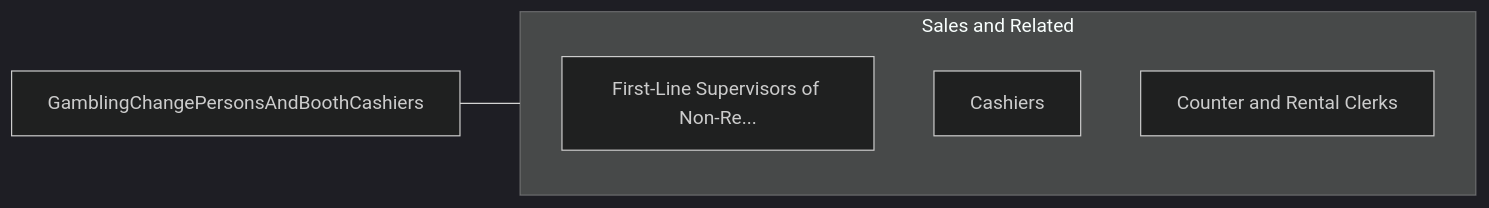
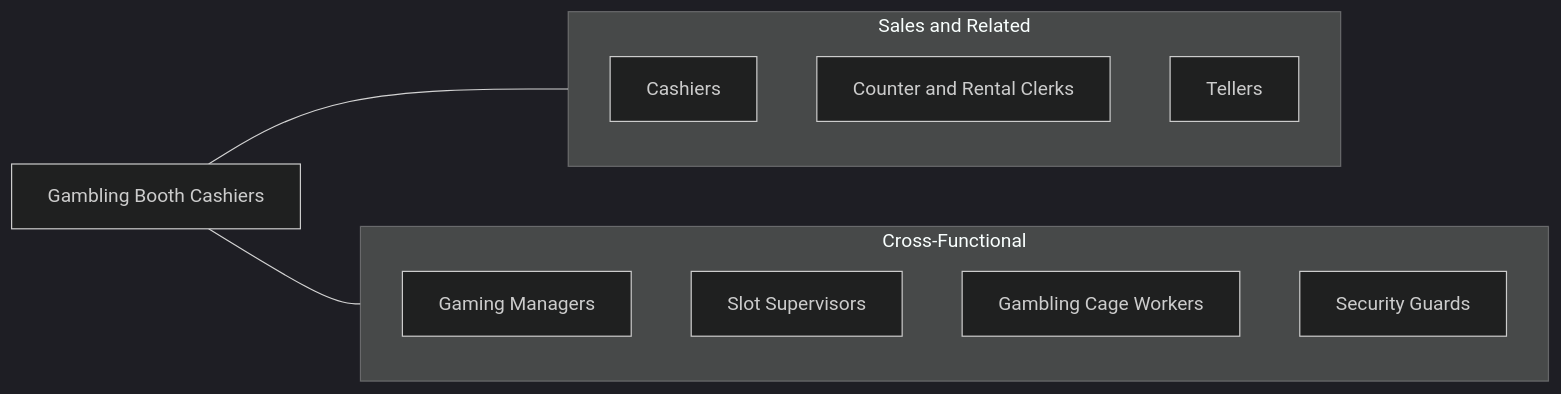
The fourth of 4 diagrams in occupations/Sales/GamblingChangePersonsAndBoothCashiers.mdx (kziemski/business.org.ai), drawn with Mermaid (dark theme) before and after one commit. The commit also changed other lines of this file and 938 other files, not shown here.

````diff
--- a/occupations/Sales/GamblingChangePersonsAndBoothCashiers.mdx
+++ b/occupations/Sales/GamblingChangePersonsAndBoothCashiers.mdx
@@ -100,13 +163,20 @@
 ```mermaid
 graph LR
-    Current["GamblingChangePersonsAndBoothCashiers"]
+    Current["Gambling Booth Cashiers"]
 
     subgraph SameCategory["Sales and Related"]
-        FirstLineSupervisors["First-Line Supervisors of Retail..."]
-        FirstLineSupervisors["First-Line Supervisors of Non-Re..."]
         Cashiers["Cashiers"]
-        CounterAndRentalCler["Counter and Rental Clerks"]
+        CounterClerks["Counter and Rental Clerks"]
+        Tellers["Tellers"]
+    end
+
+    subgraph CrossFunctional["Cross-Functional"]
+        GamblingManagers["Gaming Managers"]
+        SlotSupervisors["Slot Supervisors"]
+        CageWorkers["Gambling Cage Workers"]
+        SecurityGuards["Security Guards"]
     end
 
     Current --- SameCategory
+    Current --- CrossFunctional
 ```
````
